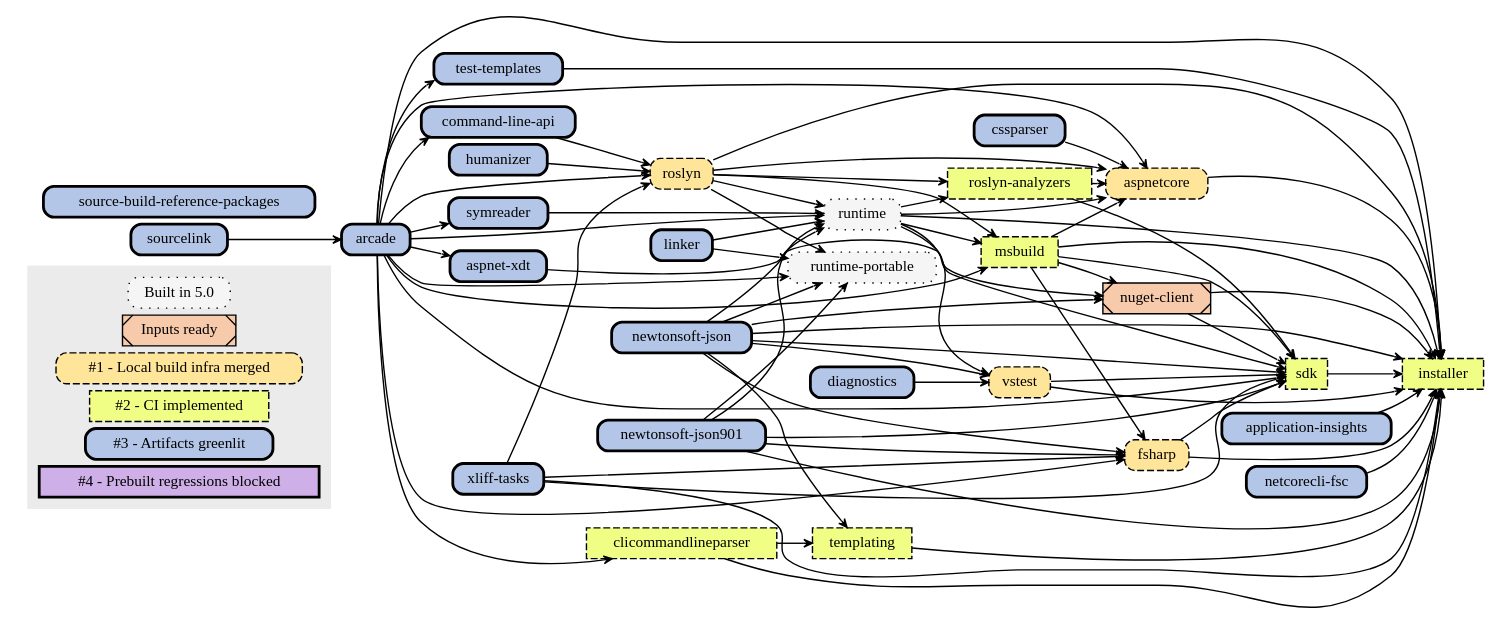
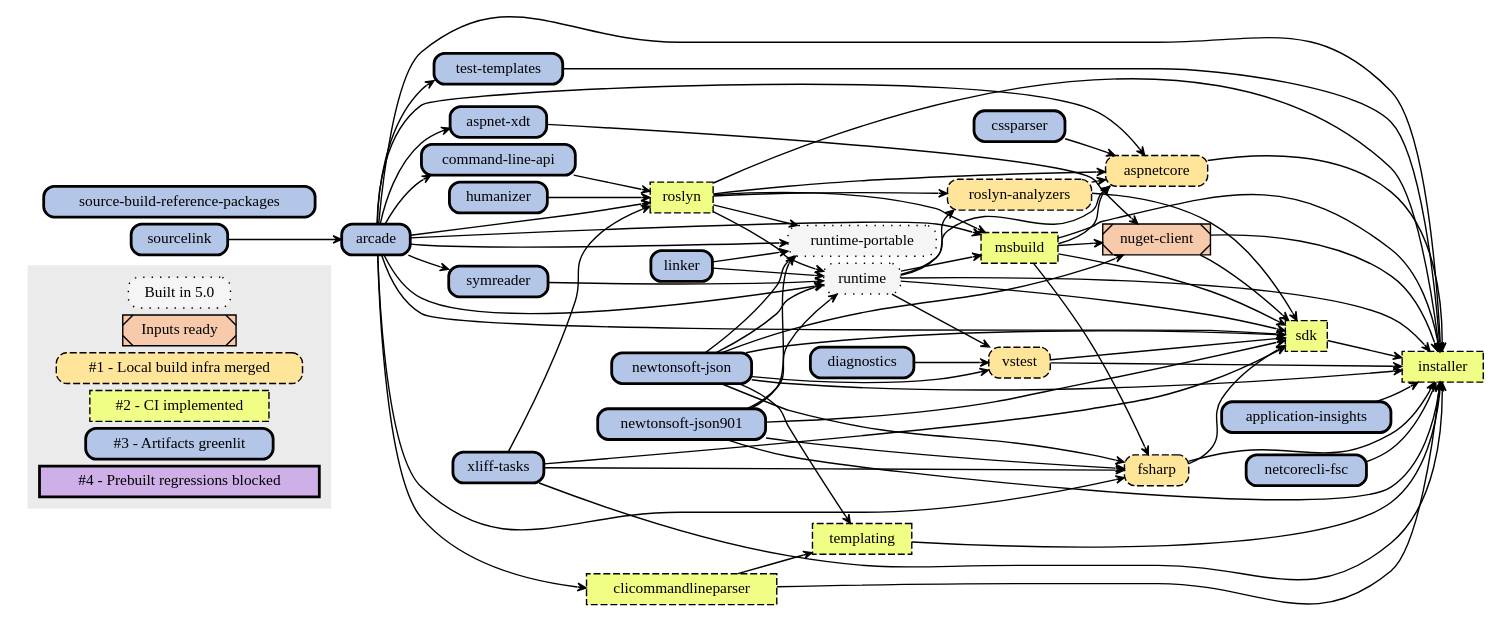
The diagram in Documentation/planning/arcade-powered-source-build/img/implementation-plan-graph.dot (dotnet/source-build), drawn with Graphviz before and after one commit. The commit also changed other lines of this file, not shown here.

```diff
--- a/Documentation/planning/arcade-powered-source-build/img/implementation-plan-graph.dot
+++ b/Documentation/planning/arcade-powered-source-build/img/implementation-plan-graph.dot
@@ -1,147 +1,147 @@
 // dot.exe implementation-plan-graph.dot -Tsvg -o implementation-plan-graph.svg
 
 digraph {
 node[
   shape=rect
   width=0 height=0 margin=0.07
   style=filled
   fontsize=11]
 edge[
   penwidth=1
   arrowsize=0.6
   arrowhead=vee
   pencolor="#444444"]
 rankdir=LR
 nodesep=0.07
 ranksep=0.08
 
 node [fillcolor="#F5F5F5",style="dotted,filled,rounded",tooltip="Built"]
 "pre0"[label="Built in 5.0"]
 "runtime-portable"
 "runtime"
 
 node [fillcolor="#F7CAAC",style="filled,diagonals",tooltip="Inputs ready"]
 "pre1"[label="Inputs ready"]
 "nuget-client"
 
 node [fillcolor="#FFE599",style="dashed,filled,rounded",tooltip="1"]
 "s1"[label="#1 - Local build infra merged"]
 "aspnetcore"
 "fsharp"
-"roslyn"
+"roslyn-analyzers"
 "vstest"
 
 node [fillcolor="#F0FE86",style="dashed,filled",tooltip="2"]
 "s2"[label="#2 - CI implemented"]
 "clicommandlineparser"
 "installer"
 "msbuild"
-"roslyn-analyzers"
+"roslyn"
 "sdk"
 "templating"
 
 node [fillcolor="#B4C6E7",style="bold,filled,rounded",tooltip="3"]
 "s3"[label="#3 - Artifacts greenlit"]
 "application-insights"
 "arcade"
 "aspnet-xdt"
 "command-line-api"
 "cssparser"
 "diagnostics"
 "humanizer"
 "linker"
 "netcorecli-fsc"
 "newtonsoft-json"
 "newtonsoft-json901"
 "source-build-reference-packages"
 "sourcelink"
 "symreader"
 "test-templates"
 "xliff-tasks"
 
 node [fillcolor="#CFAFE7",style="bold,filled",tooltip="4"]
 "s4"[label="#4 - Prebuilt regressions blocked"]
 
 // Color all future nodes red. All nodes should be accounted for: red means they need a category.
 node [fillcolor="#FF0000",style=filled]
 
 subgraph clusterLegend {
   style=filled
   color="#ebebeb"
   "pre0" "pre1" "s1" "s2" "s3" "s4"
 }
 
 // Remaining text created by generate-graphviz.proj based on repos/*.proj:
 "sourcelink" -> "arcade"
 "arcade" -> "aspnet-xdt"
 "arcade" -> "aspnetcore"
 "cssparser" -> "aspnetcore"
 "runtime" -> "aspnetcore"
 "msbuild" -> "aspnetcore"
 "roslyn" -> "aspnetcore"
 "roslyn-analyzers" -> "aspnetcore"
 "arcade" -> "clicommandlineparser"
 "arcade" -> "command-line-api"
 "arcade" -> "fsharp"
 "msbuild" -> "fsharp"
 "newtonsoft-json901" -> "fsharp"
 "newtonsoft-json" -> "fsharp"
 "xliff-tasks" -> "fsharp"
 "application-insights" -> "installer"
 "arcade" -> "installer"
 "aspnetcore" -> "installer"
 "clicommandlineparser" -> "installer"
 "fsharp" -> "installer"
 "msbuild" -> "installer"
 "netcorecli-fsc" -> "installer"
 "newtonsoft-json" -> "installer"
 "newtonsoft-json901" -> "installer"
 "nuget-client" -> "installer"
 "roslyn" -> "installer"
 "runtime" -> "installer"
 "sdk" -> "installer"
 "templating" -> "installer"
 "test-templates" -> "installer"
 "vstest" -> "installer"
 "xliff-tasks" -> "installer"
 "arcade" -> "msbuild"
 "runtime" -> "msbuild"
 "roslyn" -> "msbuild"
 "newtonsoft-json" -> "nuget-client"
 "msbuild" -> "nuget-client"
 "aspnet-xdt" -> "nuget-client"
 "runtime" -> "roslyn-analyzers"
 "roslyn" -> "roslyn-analyzers"
 "arcade" -> "roslyn"
 "command-line-api" -> "roslyn"
 "humanizer" -> "roslyn"
 "xliff-tasks" -> "roslyn"
 "arcade" -> "runtime-portable"
 "linker" -> "runtime-portable"
 "newtonsoft-json" -> "runtime-portable"
 "newtonsoft-json901" -> "runtime-portable"
 "roslyn" -> "runtime-portable"
 "arcade" -> "runtime"
 "symreader" -> "runtime"
 "linker" -> "runtime"
 "newtonsoft-json" -> "runtime"
 "newtonsoft-json901" -> "runtime"
 "roslyn" -> "runtime"
 "arcade" -> "sdk"
 "xliff-tasks" -> "sdk"
 "runtime" -> "sdk"
 "msbuild" -> "sdk"
 "newtonsoft-json" -> "sdk"
 "newtonsoft-json901" -> "sdk"
 "nuget-client" -> "sdk"
 "roslyn-analyzers" -> "sdk"
 "vstest" -> "sdk"
 "fsharp" -> "sdk"
 "arcade" -> "symreader"
 "clicommandlineparser" -> "templating"
 "newtonsoft-json" -> "templating"
 "arcade" -> "test-templates"
 "diagnostics" -> "vstest"
 "runtime" -> "vstest"
 "newtonsoft-json" -> "vstest"
 }
```
